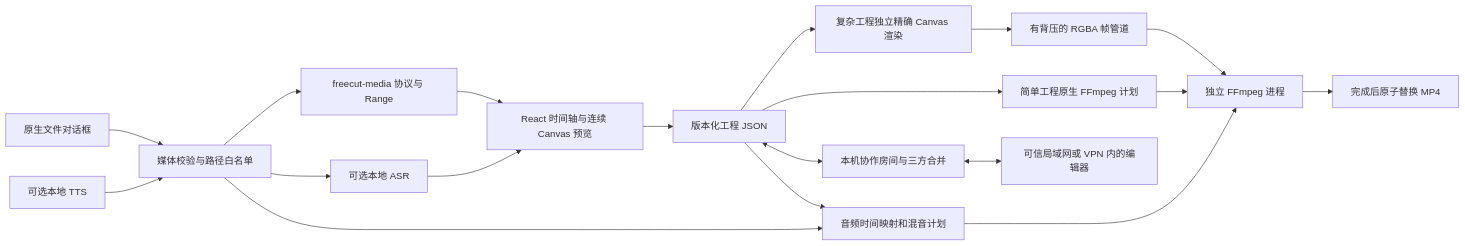
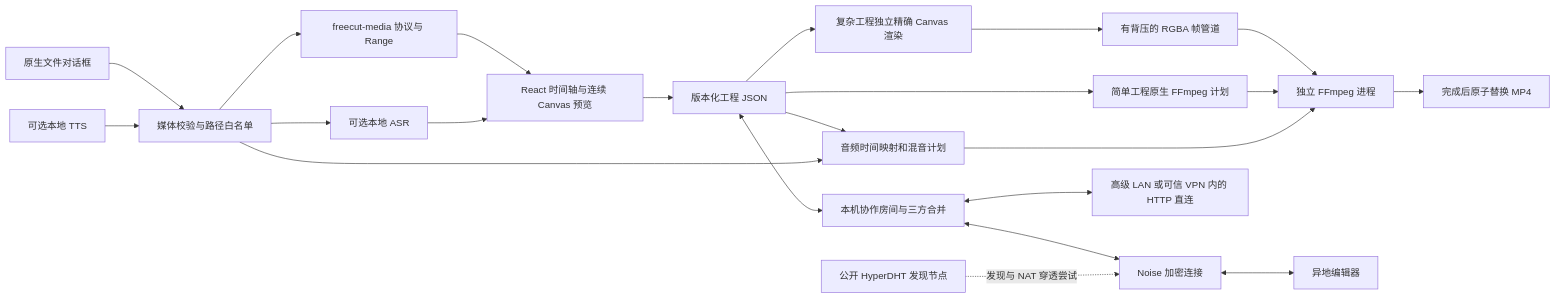
Before and after one commit to Watertube-bilibili/freecut-desktop: the diagram in docs/ARCHITECTURE.md, drawn with Mermaid. The commit also changed other lines of this file and 164 other files, not shown here.

````diff
--- a/docs/ARCHITECTURE.md
+++ b/docs/ARCHITECTURE.md
@@ -7,21 +7,24 @@
 ```mermaid
 flowchart LR
   A[原生文件对话框] --> B[媒体校验与路径白名单]
   B --> C[freecut-media 协议与 Range]
   C --> D[React 时间轴与连续 Canvas 预览]
   D --> E[版本化工程 JSON]
   E --> N[简单工程原生 FFmpeg 计划]
   E --> F[复杂工程独立精确 Canvas 渲染]
   F --> G[有背压的 RGBA 帧管道]
   E --> H[音频时间映射和混音计划]
   B --> H
   G --> I[独立 FFmpeg 进程]
   N --> I
   H --> I
   I --> J[完成后原子替换 MP4]
   B --> K[可选本地 ASR]
   K --> D
   L[可选本地 TTS] --> B
   E <--> M[本机协作房间与三方合并]
-  M <--> O[可信局域网或 VPN 内的编辑器]
+  M <--> P[Noise 加密连接]
+  P <--> O[异地编辑器]
+  Q[公开 HyperDHT 发现节点] -. 发现与 NAT 穿透尝试 .-> P
+  M <--> R[高级 LAN 或可信 VPN 内的 HTTP 直连]
 ```
````
